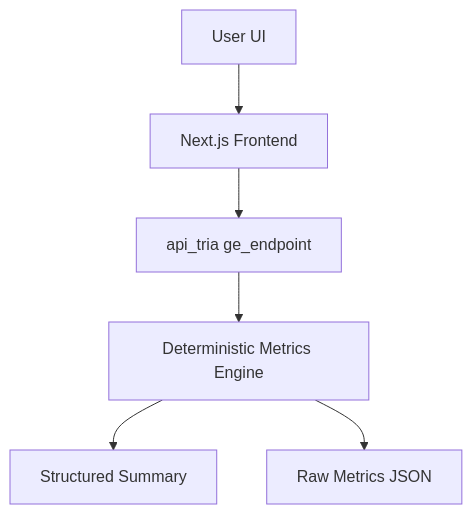
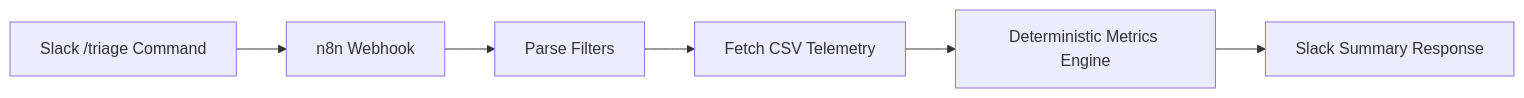
One commit to kganigap-291992/cdn-triage-bot changed the first of 3 diagrams in README.md. Above: the diagram before and after it, drawn with Mermaid. The commit also changed other lines of this file, not shown here.

````diff
--- a/README.md
+++ b/README.md
@@ -71,8 +71,8 @@
 ```mermaid
-flowchart TD
-    A["User UI"] --> B["Next.js Frontend"]
-    B --> C["api_tria ge_endpoint"]
-    C --> D["Deterministic Metrics Engine"]
-    D --> E["Structured Summary"]
-    D --> F["Raw Metrics JSON"]
+flowchart LR
+    A["Slack /triage Command"] --> B["n8n Webhook"]
+    B --> C["Parse Filters"]
+    C --> D["Fetch CSV Telemetry"]
+    D --> E["Deterministic Metrics Engine"]
+    E --> F["Slack Summary Response"]
 ```
````
